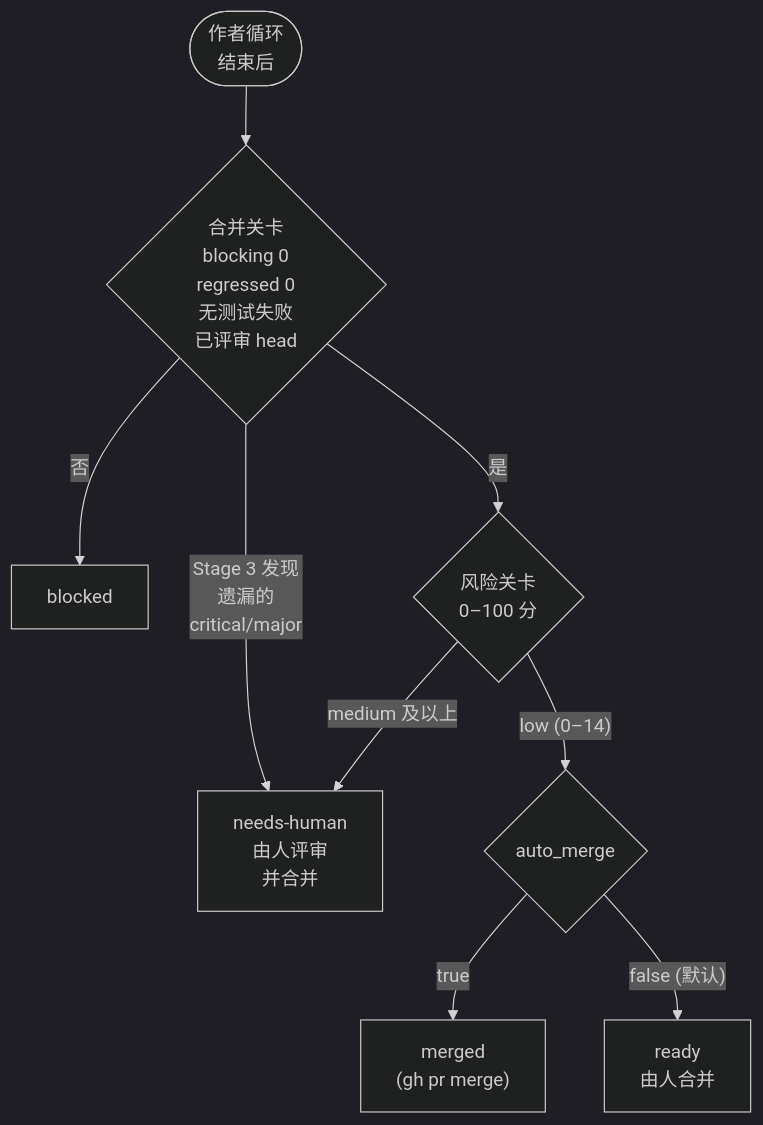
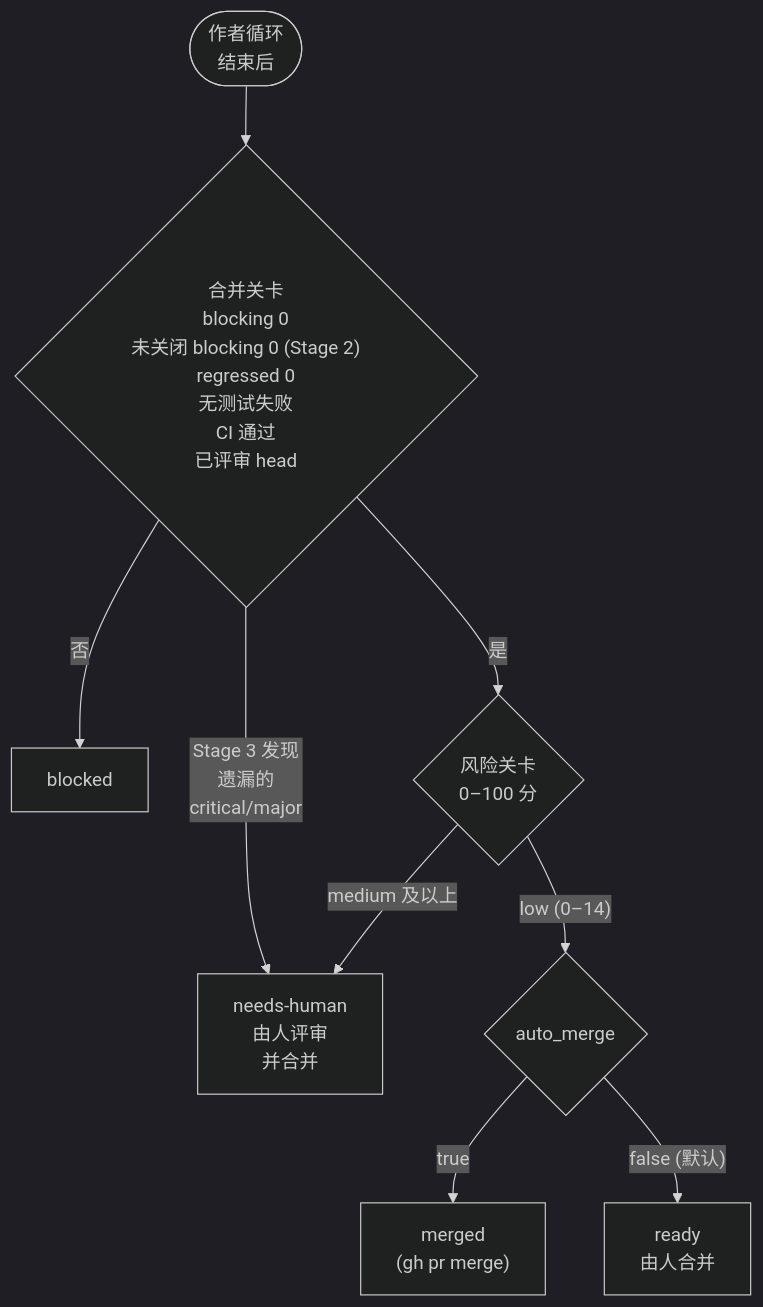
Before and after one commit to thswlsqls/pr-quorum: the fourth of 5 diagrams in README.zh-CN.md, drawn with Mermaid (dark theme). The commit also changed other lines of this file and 1 other file, not shown here.

Commit message:
docs : [feat/merge-gate-stage2-ci] Translate the Stage 2 and CI merge gate conditions

````diff
--- a/README.zh-CN.md
+++ b/README.zh-CN.md
@@ -104,11 +104,11 @@
 ```mermaid
 flowchart TD
-  G(["作者循环<br/>结束后"]) --> MG{"合并关卡<br/>blocking 0<br/>regressed 0<br/>无测试失败<br/>已评审 head"}
+  G(["作者循环<br/>结束后"]) --> MG{"合并关卡<br/>blocking 0<br/>未关闭 blocking 0 (Stage 2)<br/>regressed 0<br/>无测试失败<br/>CI 通过<br/>已评审 head"}
   MG -- "否" --> B[blocked]
   MG -- "Stage 3 发现<br/>遗漏的<br/>critical/major" --> H
   MG -- "是" --> RG{"风险关卡<br/>0–100 分"}
   RG -- "low (0–14)" --> A{"auto_merge"}
   A -- true --> M["merged<br/>(gh pr merge)"]
   A -- "false (默认)" --> R["ready<br/>由人合并"]
   RG -- "medium 及以上" --> H["needs-human<br/>由人评审<br/>并合并"]
 ```
````
